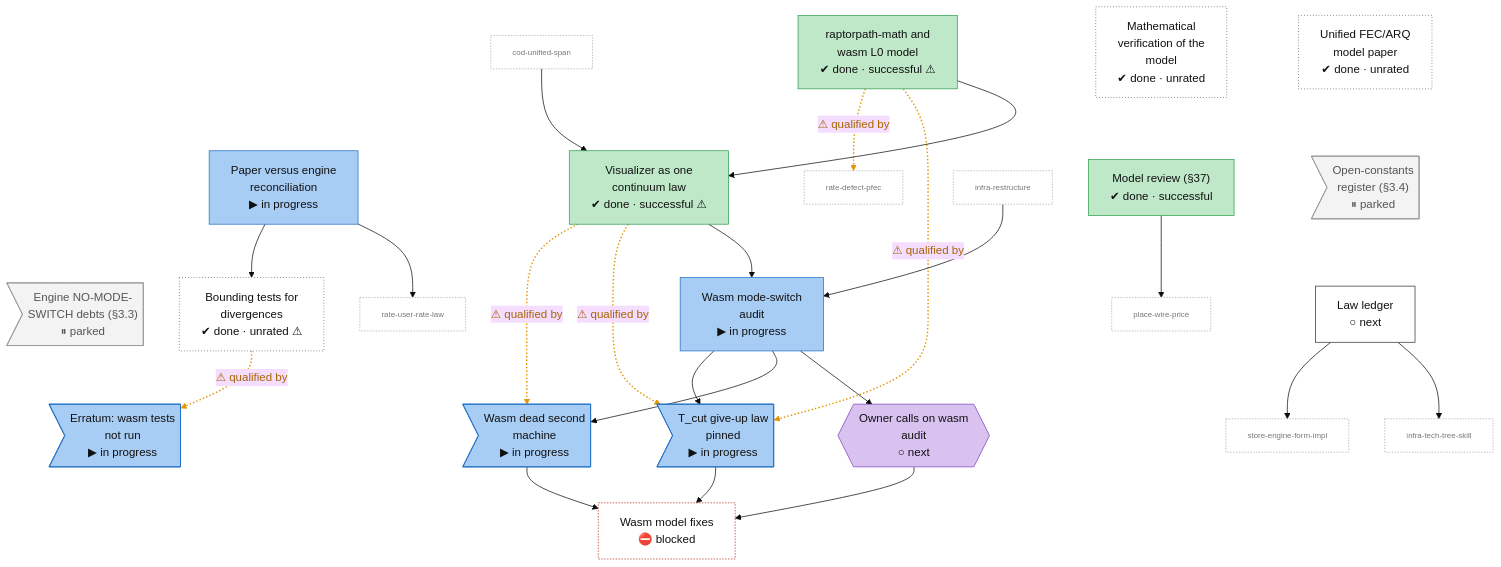
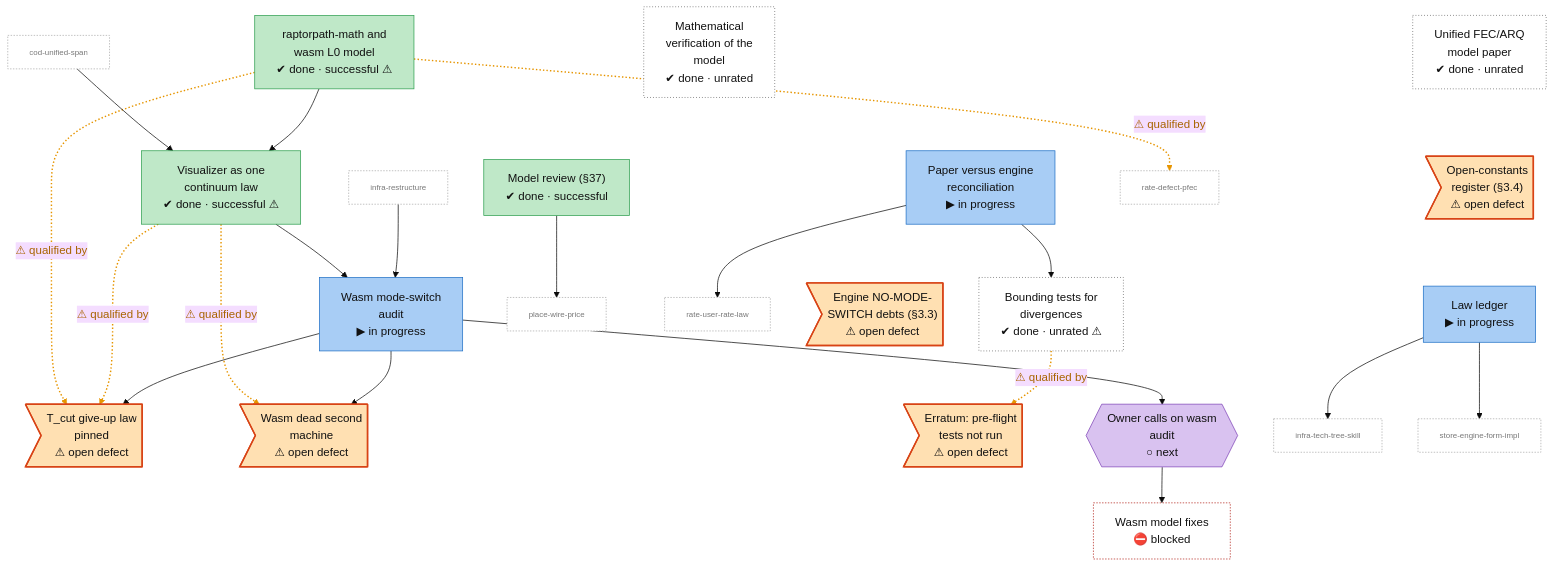
Before and after one commit to lhns/raptorpath: diagram 12 of 14 in docs/roadmap.md, drawn with Mermaid (base theme). The commit also changed other lines of this file and 4 other files, not shown here.

Commit message:
roadmap: reviewed tree - 214 nodes (176 history, 38 forward), plain-language sentences, VM queue as order, open defects, coverage of every plan item; readiness: an open defect does not block its diagnosis

````diff
--- a/docs/roadmap.md
+++ b/docs/roadmap.md
@@ -1169,72 +1425,70 @@
 ```mermaid
 flowchart TB
     model_paper_v1["Unified FEC/ARQ<br/>model paper<br/>✔ done · unrated"]
     model_math_verification["Mathematical<br/>verification of the<br/>model<br/>✔ done · unrated"]
     model_wasm_l0["raptorpath-math and<br/>wasm L0 model<br/>✔ done · successful ⚠"]
     model_vis_continuum["Visualizer as one<br/>continuum law<br/>✔ done · successful ⚠"]
-    model_mode_switch_debts>"Engine NO-MODE-<br/>SWITCH debts (#167;3.3)<br/>⏸ parked"]
-    model_open_constants>"Open-constants<br/>register (#167;3.4)<br/>⏸ parked"]
+    model_mode_switch_debts>"Engine NO-MODE-<br/>SWITCH debts (#167;3.3)<br/>⚠ open defect"]
+    model_open_constants>"Open-constants<br/>register (#167;3.4)<br/>⚠ open defect"]
     model_review_37["Model review (#167;37)<br/>✔ done · successful"]
     model_paper_recon["Paper versus engine<br/>reconciliation<br/>▶ in progress"]
     model_bound_tests["Bounding tests for<br/>divergences<br/>✔ done · unrated ⚠"]
     model_wasm_audit["Wasm mode-switch<br/>audit<br/>▶ in progress"]
-    model_defect_tcut>"T_cut give-up law<br/>pinned<br/>▶ in progress"]
-    model_defect_dead_machine>"Wasm dead second<br/>machine<br/>▶ in progress"]
-    model_bound_tests_unrun>"Erratum: wasm tests<br/>not run<br/>▶ in progress"]
-    model_law_ledger["Law ledger<br/>○ next"]
+    model_defect_tcut>"T_cut give-up law<br/>pinned<br/>⚠ open defect"]
+    model_defect_dead_machine>"Wasm dead second<br/>machine<br/>⚠ open defect"]
+    model_bound_tests_unrun>"Erratum: pre-flight<br/>tests not run<br/>⚠ open defect"]
+    model_law_ledger["Law ledger<br/>▶ in progress"]
     model_user_wasm_calls{{"Owner calls on wasm<br/>audit<br/>○ next"}}
     model_wasm_fixes["Wasm model fixes<br/>⛔ blocked"]
     model_paper_v1 ~~~ model_open_constants
     model_math_verification ~~~ model_review_37
     model_wasm_l0 ~~~ model_paper_recon
     model_mode_switch_debts ~~~ model_bound_tests_unrun
     model_open_constants ~~~ model_law_ledger
     x_cod_unified_span["cod-unified-span"]
     x_infra_restructure["infra-restructure"]
     x_infra_tech_tree_skill["infra-tech-tree-skill"]
     x_place_wire_price["place-wire-price"]
     x_rate_defect_pfec["rate-defect-pfec"]
     x_rate_user_rate_law["rate-user-rate-law"]
     x_store_engine_form_impl["store-engine-form-impl"]
     model_review_37 --> x_place_wire_price
     model_wasm_l0 -.->|⚠ qualified by| x_rate_defect_pfec
     model_wasm_l0 -.->|⚠ qualified by| model_defect_tcut
     x_cod_unified_span --> model_vis_continuum
     model_wasm_l0 --> model_vis_continuum
     model_vis_continuum -.->|⚠ qualified by| model_defect_dead_machine
     model_vis_continuum -.->|⚠ qualified by| model_defect_tcut
     model_paper_recon --> model_bound_tests
     model_bound_tests -.->|⚠ qualified by| model_bound_tests_unrun
     model_vis_continuum --> model_wasm_audit
     x_infra_restructure --> model_wasm_audit
     model_wasm_audit --> model_defect_tcut
     model_wasm_audit --> model_defect_dead_machine
     model_wasm_audit --> model_user_wasm_calls
     model_paper_recon --> x_rate_user_rate_law
     model_law_ledger --> x_store_engine_form_impl
     model_user_wasm_calls --> model_wasm_fixes
-    model_defect_tcut --> model_wasm_fixes
-    model_defect_dead_machine --> model_wasm_fixes
     model_law_ledger --> x_infra_tech_tree_skill
     linkStyle 6,7,10,11,13 stroke:#e69500,stroke-width:2px,stroke-dasharray:2 3,color:#a86400
     classDef vsucc fill:#2e9e4f,stroke:#1b6b34,color:#fff
     classDef succ fill:#bfe8c8,stroke:#2e9e4f,color:#111
     classDef mixed fill:#ffd37a,stroke:#c98a00,color:#111
     classDef bad fill:#f28b82,stroke:#b3261e,color:#111
     classDef dead fill:#e6e6e6,stroke:#777,stroke-dasharray:5 5,color:#555
     classDef inprog fill:#a8cdf5,stroke:#1f6fc5,color:#111
     classDef next fill:#fff,stroke:#333,color:#111
     classDef blocked fill:#fff,stroke:#b3261e,stroke-dasharray:2 2,color:#111
     classDef parked fill:#f3f3f3,stroke:#999,color:#555
     classDef unrated fill:#fff,stroke:#333,stroke-dasharray:1 3,color:#111
     classDef userdec fill:#d9c2f0,stroke:#7b3fb5,color:#111
+    classDef defect fill:#ffe0b2,stroke:#d84315,stroke-width:2px,color:#111
     classDef stub fill:#fff,stroke:#aaa,stroke-dasharray:2 2,color:#777,font-size:11px
     class model_paper_v1,model_math_verification,model_bound_tests unrated
     class model_wasm_l0,model_vis_continuum,model_review_37 succ
-    class model_mode_switch_debts,model_open_constants parked
-    class model_paper_recon,model_wasm_audit,model_defect_tcut,model_defect_dead_machine,model_bound_tests_unrun inprog
-    class model_law_ledger next
+    class model_mode_switch_debts,model_open_constants,model_defect_tcut,model_defect_dead_machine,model_bound_tests_unrun defect
+    class model_paper_recon,model_wasm_audit,model_law_ledger inprog
     class model_user_wasm_calls userdec
     class model_wasm_fixes blocked
     class x_cod_unified_span,x_infra_restructure,x_infra_tech_tree_skill,x_place_wire_price,x_rate_defect_pfec,x_rate_user_rate_law,x_store_engine_form_impl stub
 ```
````
